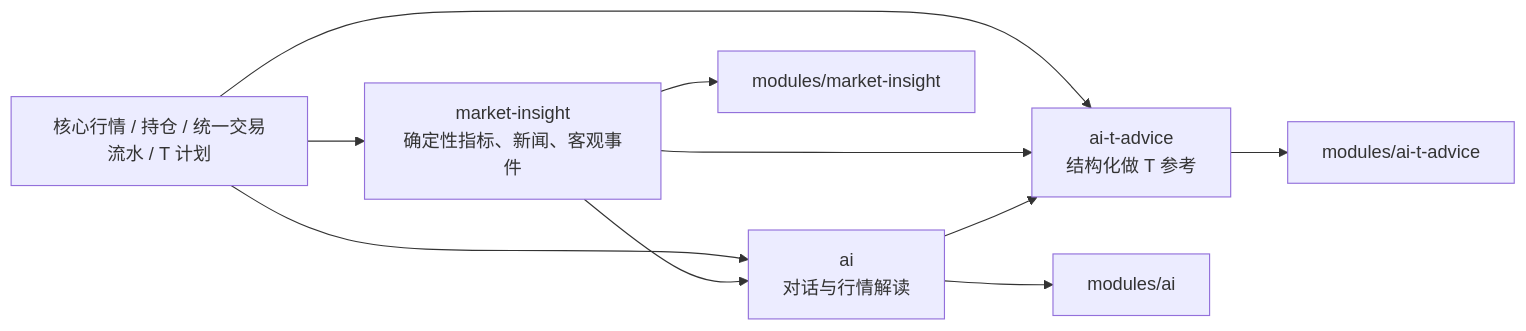
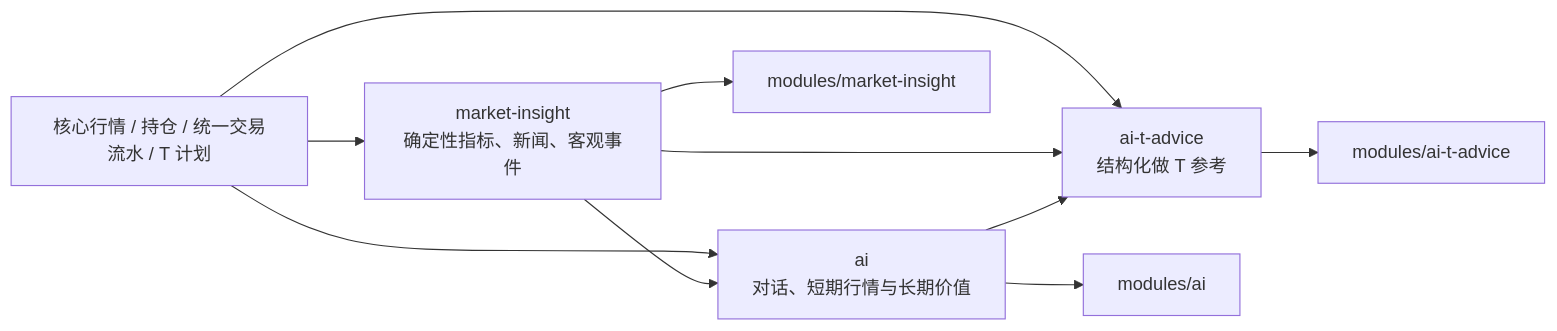
The first of 2 diagrams in docs/wiki/08-ai-extension-points.md (SingleOne/JianZhang), drawn with Mermaid before and after one commit. The commit also changed other lines of this file and 18 other files, not shown here.

````diff
--- a/docs/wiki/08-ai-extension-points.md
+++ b/docs/wiki/08-ai-extension-points.md
@@ -9,12 +9,12 @@
 ```mermaid
 flowchart LR
     CORE["核心行情 / 持仓 / 统一交易流水 / T 计划"] --> INSIGHT["market-insight<br/>确定性指标、新闻、客观事件"]
-    CORE --> AI["ai<br/>对话与行情解读"]
+    CORE --> AI["ai<br/>对话、短期行情与长期价值"]
     INSIGHT --> AI
     CORE --> TAI["ai-t-advice<br/>结构化做 T 参考"]
     INSIGHT --> TAI
     AI --> TAI
     AI --> AISTORE["modules/ai"]
     INSIGHT --> ISTORE["modules/market-insight"]
     TAI --> TSTORE["modules/ai-t-advice"]
 ```
````
